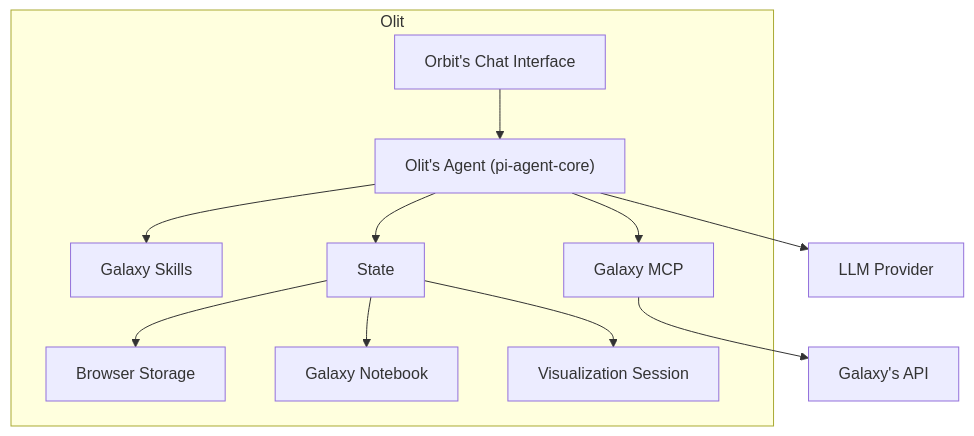
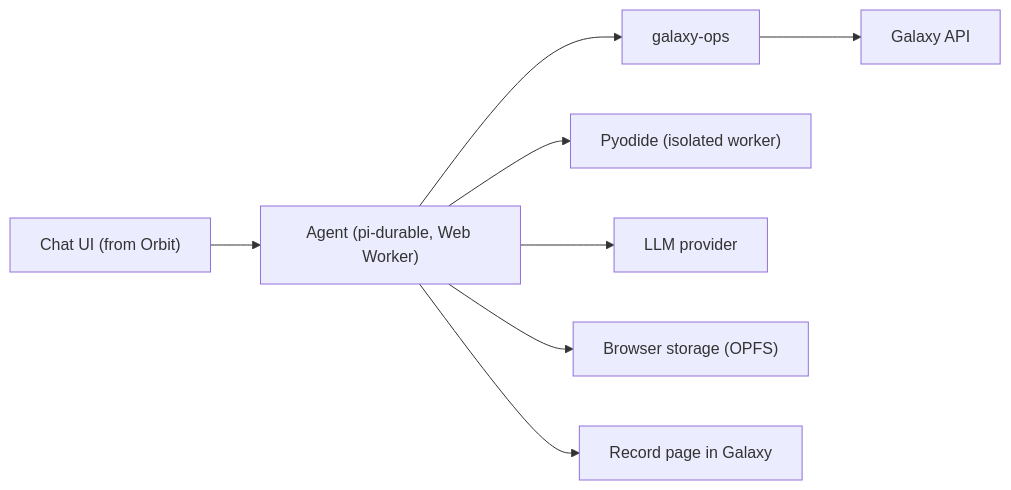
Before and after one commit to dannon/loom: the diagram in browser/README.md, drawn with Mermaid. The commit also changed other lines of this file and 155 other files, not shown here.

````diff
--- a/browser/README.md
+++ b/browser/README.md
@@ -25,28 +39,9 @@
 ```mermaid
-flowchart TB
-    UI["Orbit's Chat Interface"]
-
-    subgraph Olit
-        UI
-        Brain["Olit's Agent (pi-agent-core)"]
-        Skill["Galaxy Skills"]
-        Ops["Galaxy MCP"]
-        State["State"]
-        BrowserState["Browser Storage"]
-        Notebook["Galaxy Notebook"]
-        Session["Visualization Session"]
-    end
-
-    Model["LLM Provider"]
-    GalaxyApi["Galaxy's API"]
-
-    UI --> Brain
-    Brain --> Skill
-    Brain --> Ops
-    Brain --> State
-    State --> BrowserState
-    State --> Notebook
-    State --> Session
-    Brain --> Model
-    Ops --> GalaxyApi
+flowchart LR
+    UI["Chat UI (from Orbit)"] --> Agent["Agent (pi-durable, Web Worker)"]
+    Agent --> Ops["galaxy-ops"] --> Galaxy["Galaxy API"]
+    Agent --> Python["Pyodide (isolated worker)"]
+    Agent --> Model["LLM provider"]
+    Agent --> Storage["Browser storage (OPFS)"]
+    Agent --> Record["Record page in Galaxy"]
 ```
````
